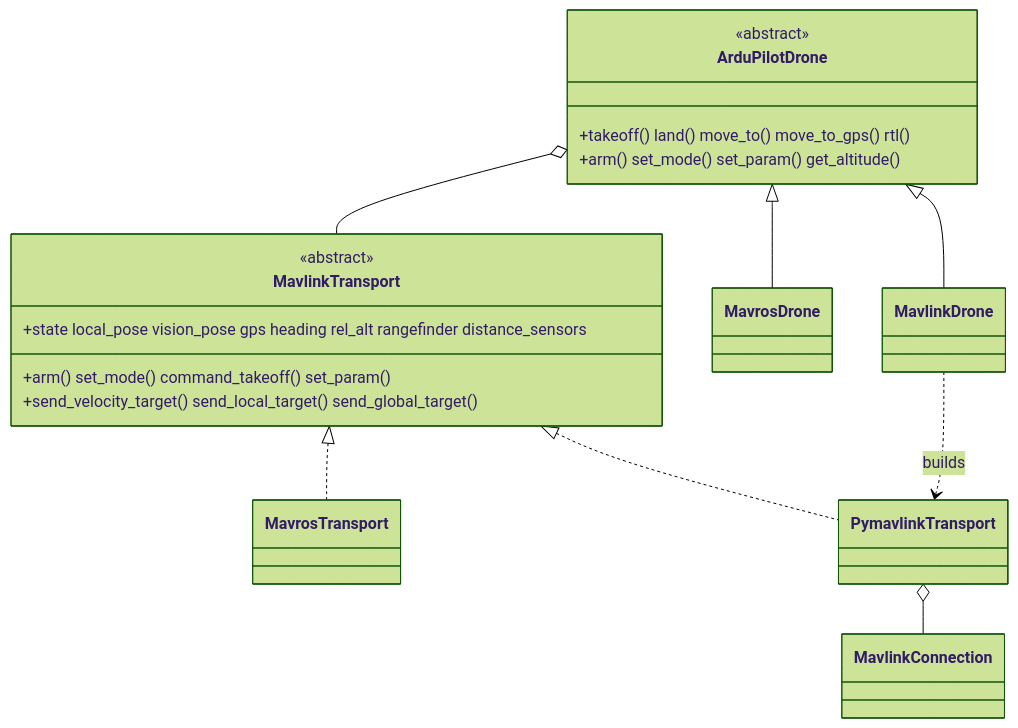
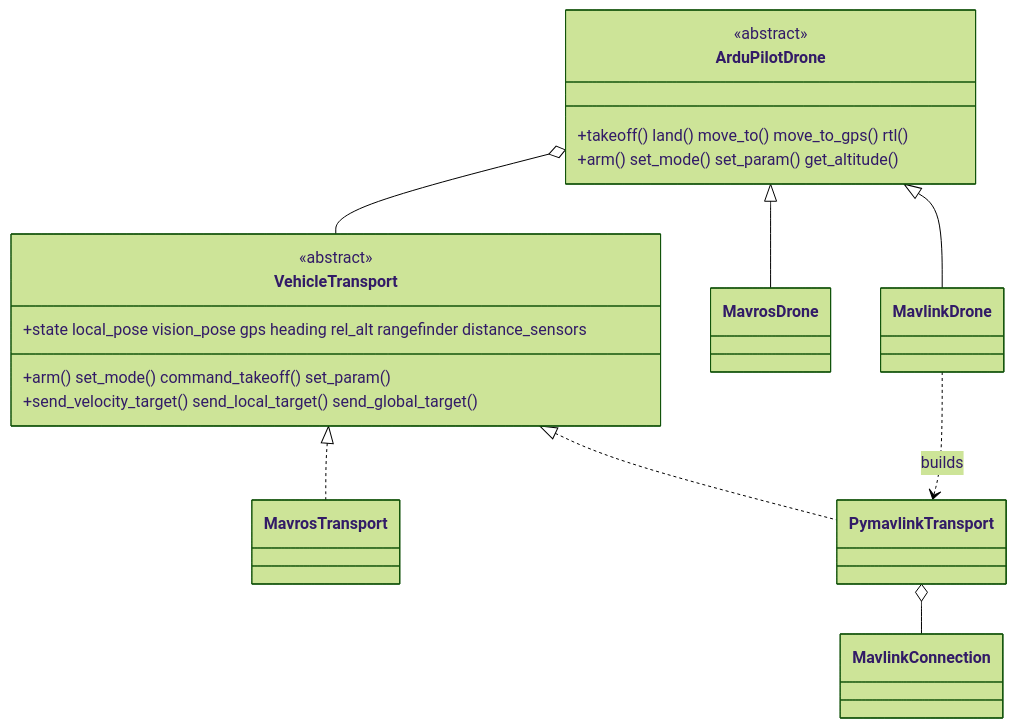
One commit to Black-Bee-Drones/nectar-sdk changed the diagram in nectar/nectar/control/mavlink/README.md. Above: the diagram before and after it, drawn with Mermaid (forest theme). The commit also changed other lines of this file and 10 other files, not shown here.

````diff
--- a/nectar/nectar/control/mavlink/README.md
+++ b/nectar/nectar/control/mavlink/README.md
@@ -9,23 +9,23 @@
 ```mermaid
 classDiagram
     class ArduPilotDrone {
         <<abstract>>
         +takeoff() land() move_to() move_to_gps() rtl()
         +arm() set_mode() set_param() get_altitude()
     }
-    class MavlinkTransport {
+    class VehicleTransport {
         <<abstract>>
         +state local_pose vision_pose gps heading rel_alt rangefinder distance_sensors
         +arm() set_mode() command_takeoff() set_param()
         +send_velocity_target() send_local_target() send_global_target()
     }
     class MavrosTransport
     class PymavlinkTransport
-    ArduPilotDrone o-- MavlinkTransport
-    MavlinkTransport <|.. MavrosTransport
-    MavlinkTransport <|.. PymavlinkTransport
+    ArduPilotDrone o-- VehicleTransport
+    VehicleTransport <|.. MavrosTransport
+    VehicleTransport <|.. PymavlinkTransport
     ArduPilotDrone <|-- MavrosDrone
     ArduPilotDrone <|-- MavlinkDrone
     MavlinkDrone ..> PymavlinkTransport : builds
     PymavlinkTransport o-- MavlinkConnection
 ```
````
